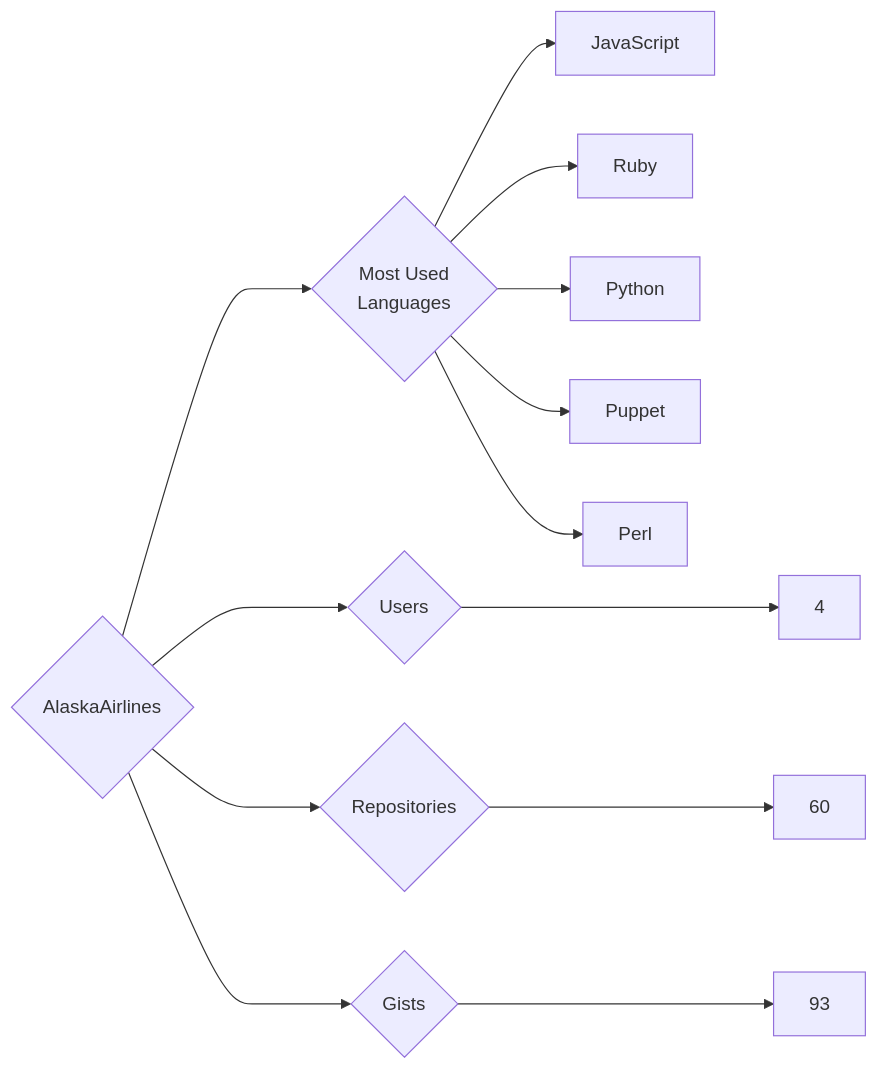
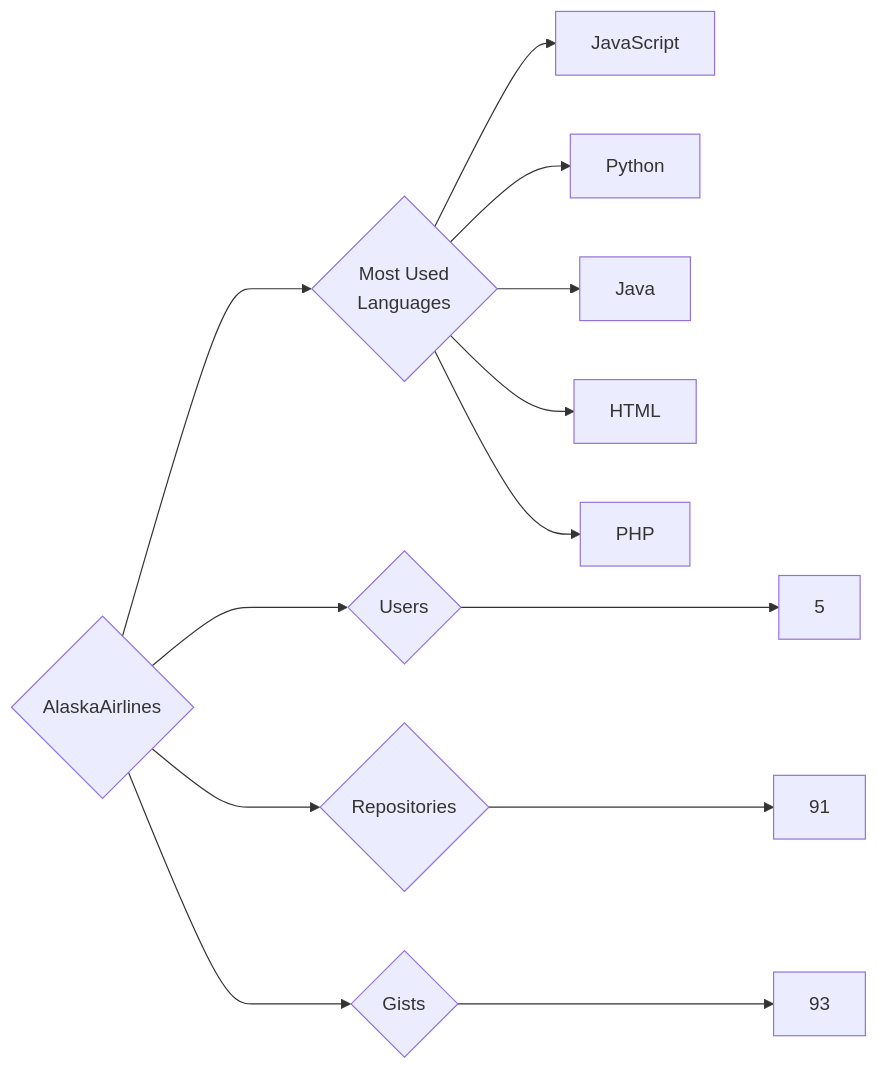
One commit to trickest/insiders changed the diagram in targets/AlaskaAirlines/README.md. Above: the diagram before and after it, drawn with Mermaid. The commit also changed 938 other files, not shown here.

````diff
--- a/targets/AlaskaAirlines/README.md
+++ b/targets/AlaskaAirlines/README.md
@@ -3,13 +3,13 @@
 ```mermaid
 graph LR
 COMPANY_NAME{AlaskaAirlines}
-COMPANY_NAME ---> U{Users} ---> UN[4]
-COMPANY_NAME ---> R{Repositories} ---> RN[60]
+COMPANY_NAME ---> U{Users} ---> UN[5]
+COMPANY_NAME ---> R{Repositories} ---> RN[91]
 COMPANY_NAME ---> G{Gists} ---> GN[93]
 COMPANY_NAME ---> ML{Most Used<br>Languages}
 ML --> JavaScript[JavaScript]
-ML --> Ruby[Ruby]
 ML --> Python[Python]
-ML --> Puppet[Puppet]
-ML --> Perl[Perl]
+ML --> Java[Java]
+ML --> HTML[HTML]
+ML --> PHP[PHP]
 ```
````
